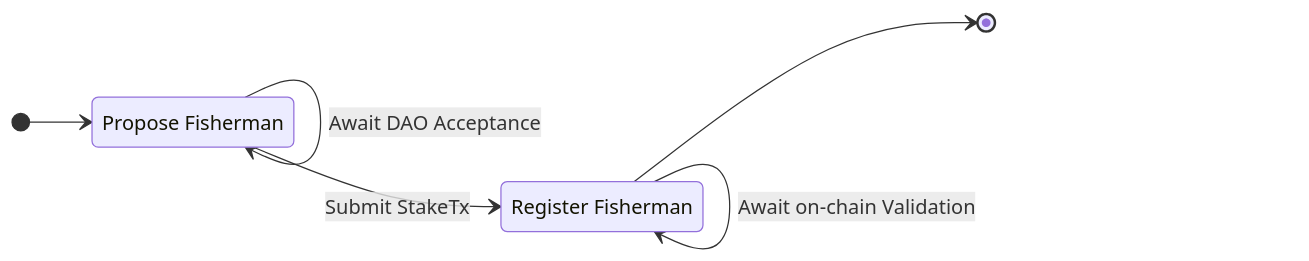
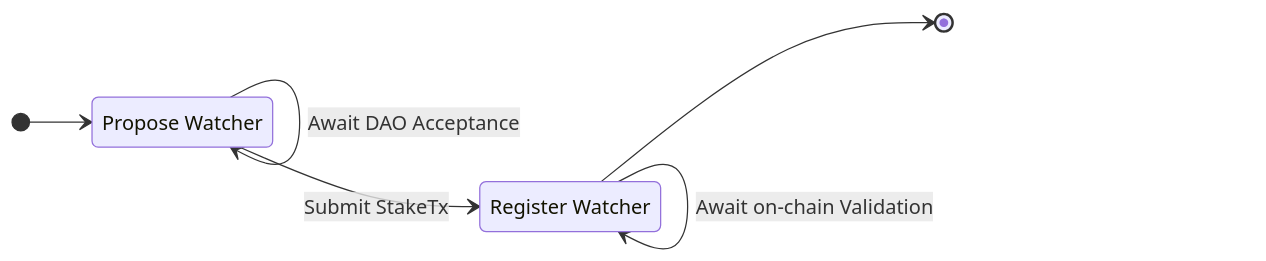
One commit to pokt-network/pocket-network-protocol changed the fifth of 16 diagrams in utility/README.md. Above: the diagram before and after it, drawn with Mermaid. The commit also changed other lines of this file and 2 other files, not shown here.

Commit message:
Rename all instances of fisherman to watcher

````diff
--- a/utility/README.md
+++ b/utility/README.md
@@ -503,12 +503,12 @@
 ```mermaid
 stateDiagram-v2
     direction LR
-    proposal: Propose Fisherman
-    registration: Register Fisherman
+    proposal: Propose Watcher
+    registration: Register Watcher
 
     [*] --> proposal
     proposal --> proposal: Await DAO Acceptance
     proposal --> registration: Submit StakeTx
     registration --> registration: Await on-chain Validation
     registration --> [*]
 ```
````
